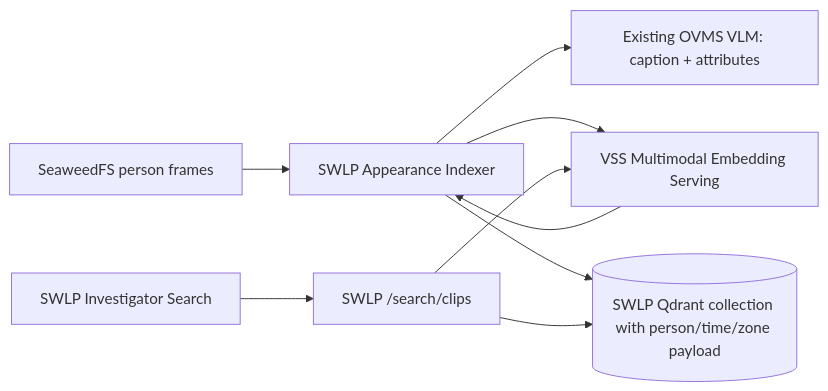
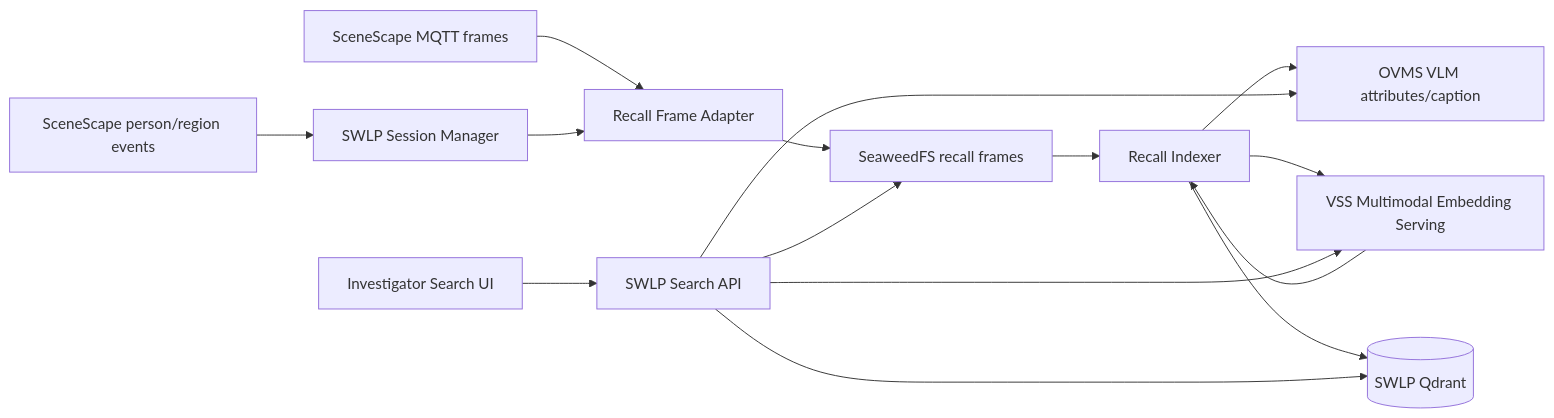
Before and after one commit to intel-retail/storewide-loss-prevention: the first of 3 diagrams in suspicious-activity-detection/docs/vlm-attribute-search-design.md, drawn with Mermaid. The commit also changed other lines of this file, not shown here.

````diff
--- a/suspicious-activity-detection/docs/vlm-attribute-search-design.md
+++ b/suspicious-activity-detection/docs/vlm-attribute-search-design.md
@@ -268,11 +58,17 @@
 ```mermaid
 flowchart LR
-    FR[SeaweedFS person frames] --> IDX[SWLP Appearance Indexer]
-    IDX --> VLM[Existing OVMS VLM: caption + attributes]
-    IDX --> VSS_EMB[VSS Multimodal Embedding Serving]
-    VSS_EMB --> IDX
-    IDX --> VDB[(SWLP Qdrant collection with person/time/zone payload)]
-    UI[SWLP Investigator Search] --> API[SWLP /search/clips]
-    API --> VSS_EMB
-    API --> VDB
+    MQTT[SceneScape MQTT frames] --> RFA[Recall Frame Adapter]
+    SS[SceneScape person/region events] --> SM[SWLP Session Manager]
+    SM --> RFA
+    RFA --> S3[SeaweedFS recall frames]
+    S3 --> IDX[Recall Indexer]
+    IDX --> VLM[OVMS VLM attributes/caption]
+    IDX --> VSS[VSS Multimodal Embedding Serving]
+    VSS --> IDX
+    IDX --> QD[(SWLP Qdrant)]
+    UI[Investigator Search UI] --> API[SWLP Search API]
+    API --> VLM
+    API --> VSS
+    API --> QD
+    API --> S3
 ```
````
